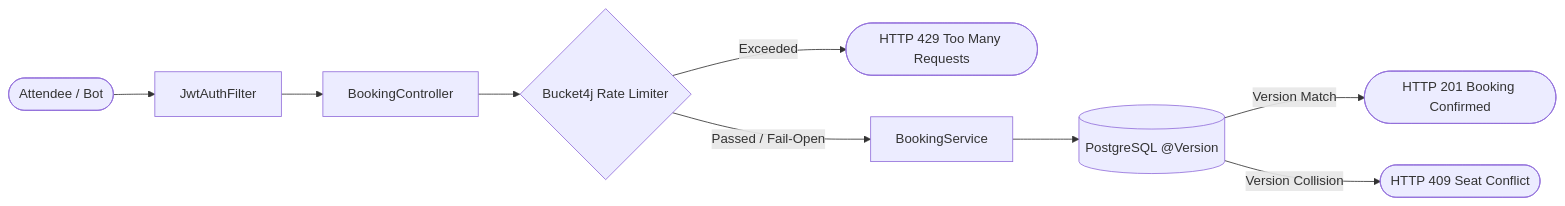
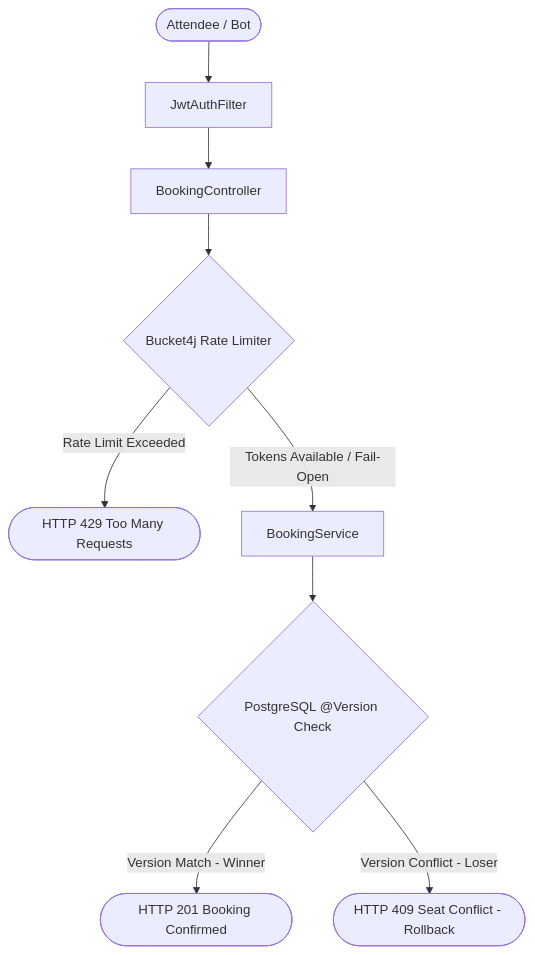
Before and after one commit to asyncsourav/quicktix: the second of 4 diagrams in architecture/master-workflow.md, drawn with Mermaid. The commit also changed other lines of this file and 9 other files, not shown here.

First line of the commit message:
Refactor distributed caching and rate limiting architecture; enhance fail-open resilience and implement comprehensive benchmarking scripts

````diff
--- a/architecture/master-workflow.md
+++ b/architecture/master-workflow.md
@@ -92,11 +80,13 @@
 ```mermaid
-flowchart LR
+flowchart TD
     Client([Attendee / Bot]) --> Sec[JwtAuthFilter]
     Sec --> Ctrl[BookingController]
     Ctrl --> Limiter{Bucket4j Rate Limiter}
-    Limiter -->|Exceeded| Throttled([HTTP 429 Too Many Requests])
-    Limiter -->|Passed / Fail-Open| Svc[BookingService]
-    Svc --> DB[(PostgreSQL @Version)]
-    DB -->|Version Match| Confirmed([HTTP 201 Booking Confirmed])
-    DB -->|Version Collision| Conflict([HTTP 409 Seat Conflict])
+    
+    Limiter -->|Rate Limit Exceeded| Throttled([HTTP 429 Too Many Requests])
+    Limiter -->|Tokens Available / Fail-Open| Svc[BookingService]
+    
+    Svc --> DB{PostgreSQL @Version Check}
+    DB -->|Version Match - Winner| Confirmed([HTTP 201 Booking Confirmed])
+    DB -->|Version Conflict - Loser| Conflict([HTTP 409 Seat Conflict - Rollback])
 ```
````
